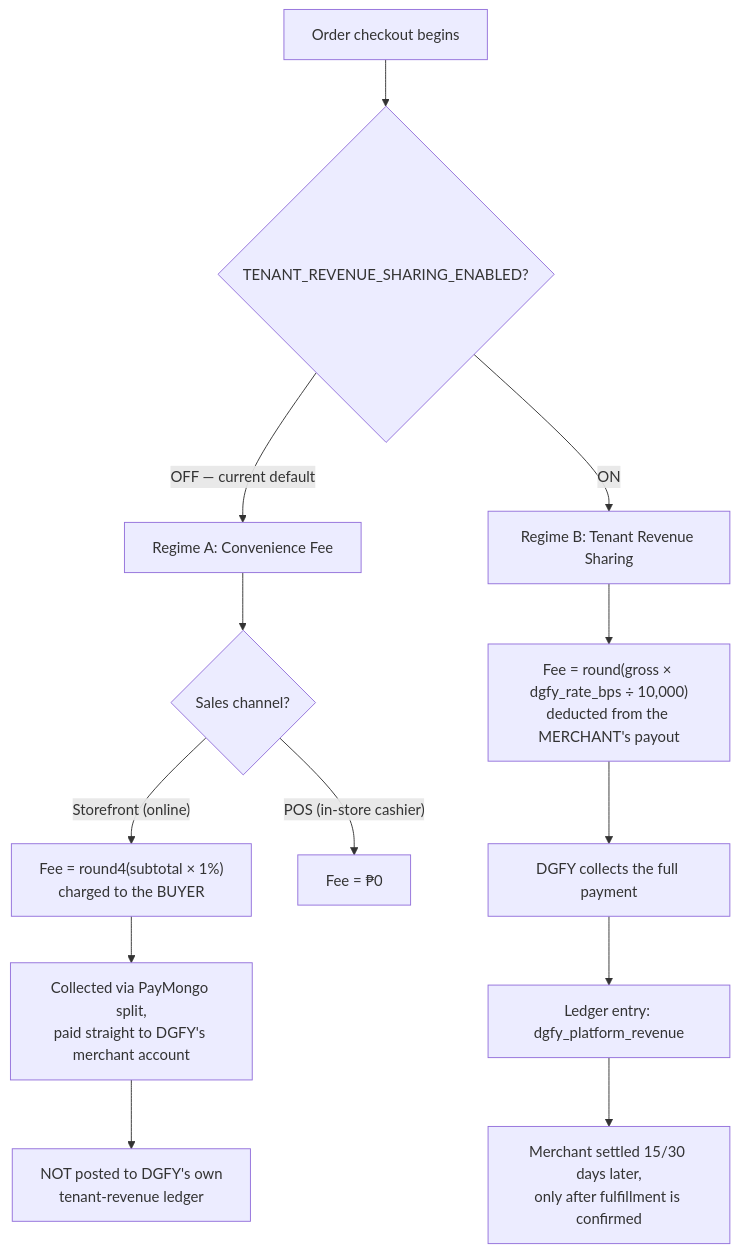
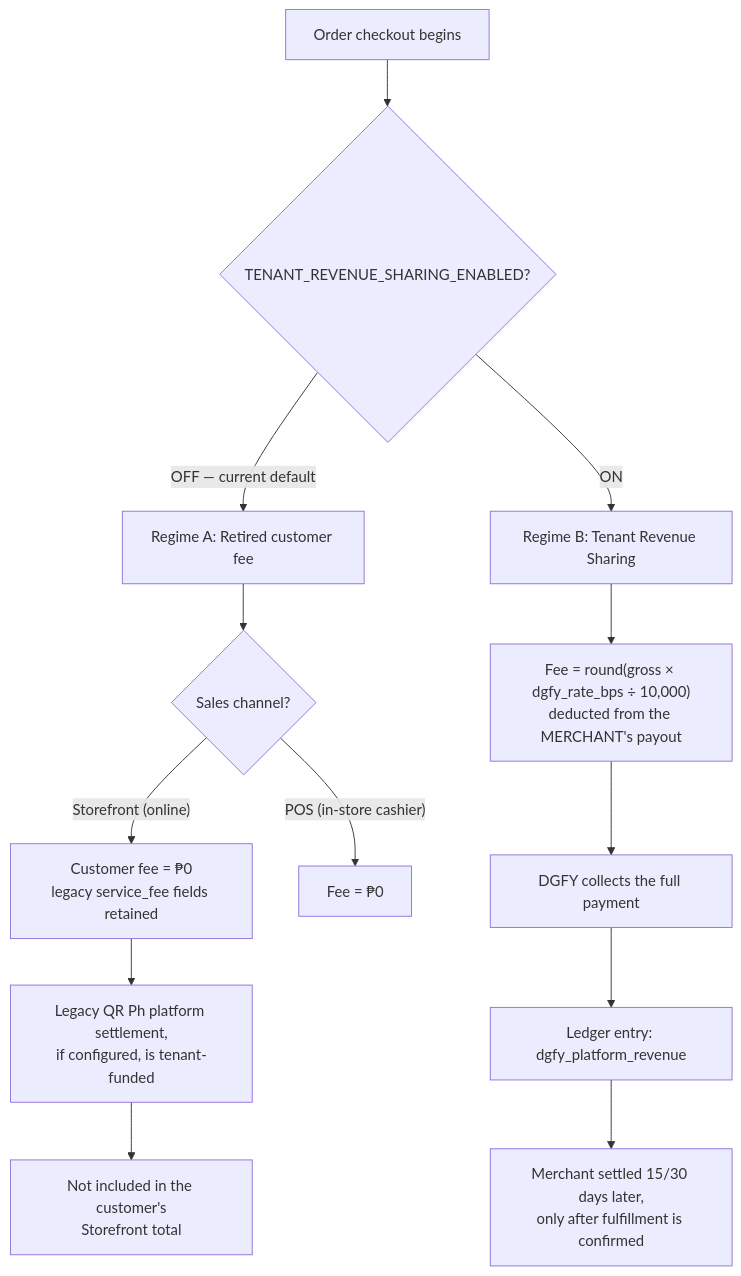
The first of 4 diagrams in docs/features/FUNDING_AND_DISCOUNT_STACKING.md (joshh-25/POS-DGFY), drawn with Mermaid before and after one commit. The commit also changed other lines of this file and 27 other files, not shown here.

````diff
--- a/docs/features/FUNDING_AND_DISCOUNT_STACKING.md
+++ b/docs/features/FUNDING_AND_DISCOUNT_STACKING.md
@@ -71,17 +69,17 @@
 ```mermaid
 flowchart TD
     A["Order checkout begins"] --> B{"TENANT_REVENUE_SHARING_ENABLED?"}
-    B -->|"OFF — current default"| C["Regime A: Convenience Fee"]
+    B -->|"OFF — current default"| C["Regime A: Retired customer fee"]
     B -->|"ON"| D["Regime B: Tenant Revenue Sharing"]
 
     C --> C1{"Sales channel?"}
-    C1 -->|"Storefront (online)"| C2["Fee = round4(subtotal × 1%)<br/>charged to the BUYER"]
+    C1 -->|"Storefront (online)"| C2["Customer fee = ₱0<br/>legacy service_fee fields retained"]
     C1 -->|"POS (in-store cashier)"| C3["Fee = ₱0"]
-    C2 --> C4["Collected via PayMongo split,<br/>paid straight to DGFY's merchant account"]
-    C4 --> C5["NOT posted to DGFY's own<br/>tenant-revenue ledger"]
+    C2 --> C4["Legacy QR Ph platform settlement,<br/>if configured, is tenant-funded"]
+    C4 --> C5["Not included in the customer's<br/>Storefront total"]
 
     D --> D1["Fee = round(gross × dgfy_rate_bps ÷ 10,000)<br/>deducted from the MERCHANT's payout"]
     D1 --> D2["DGFY collects the full payment"]
     D2 --> D3["Ledger entry: dgfy_platform_revenue"]
     D3 --> D4["Merchant settled 15/30 days later,<br/>only after fulfillment is confirmed"]
 ```
````
